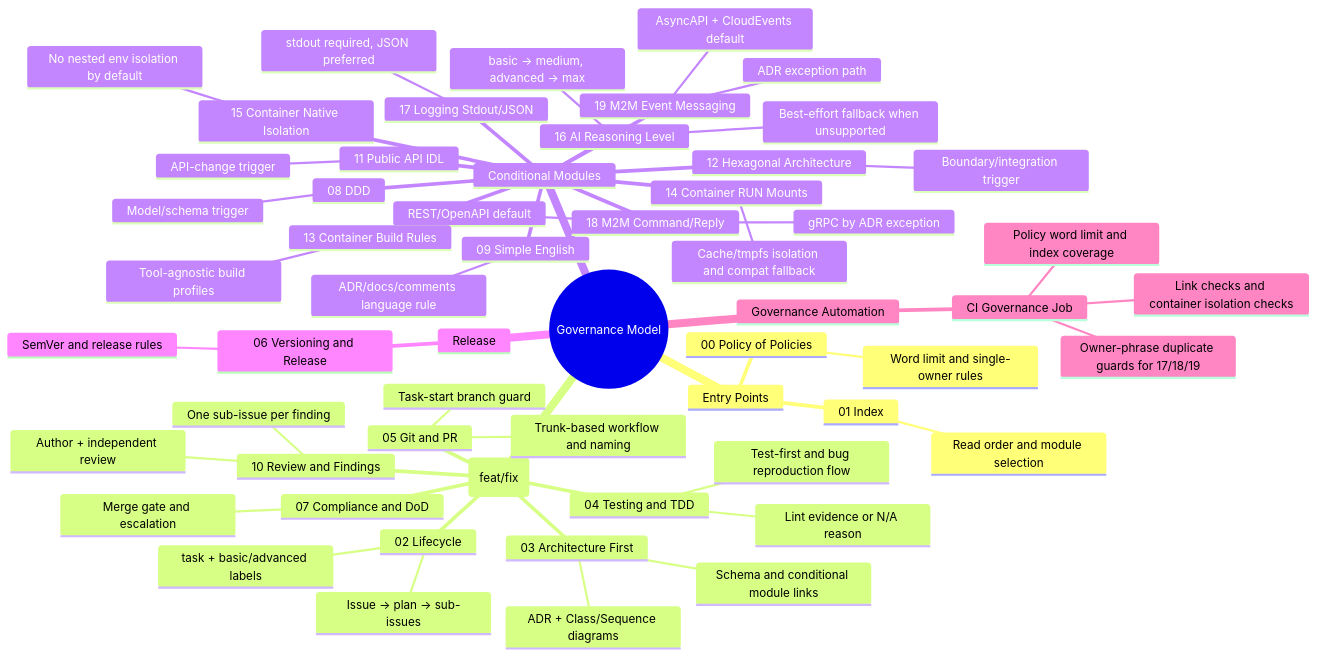
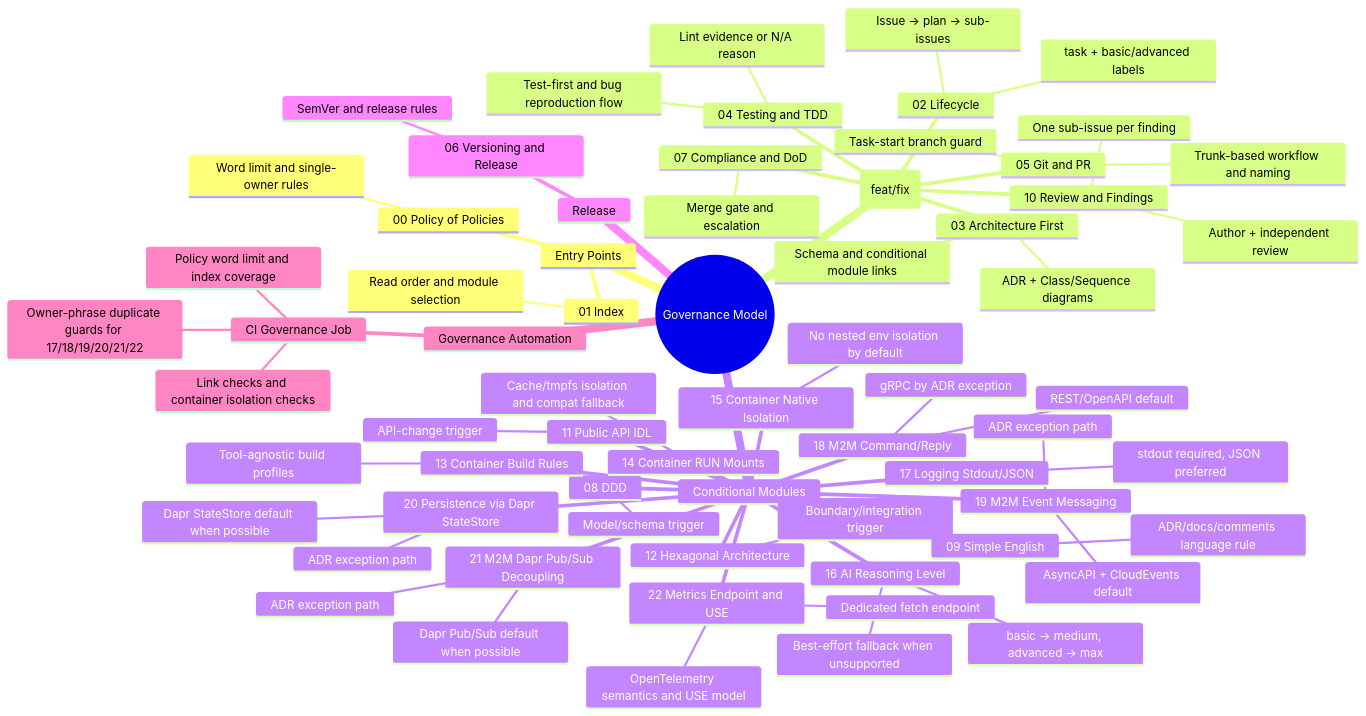
One commit to Albe83/openapi-to-mcp changed the diagram in docs/diagrams/0001-governance-mindmap.md. Above: the diagram before and after it, drawn with Mermaid. The commit also changed 5 other files, not shown here.

Commit message:
chore(governance): add policies for Dapr persistence, pubsub, and metrics

````diff
--- a/docs/diagrams/0001-governance-mindmap.md
+++ b/docs/diagrams/0001-governance-mindmap.md
@@ -7,61 +7,70 @@
 ```mermaid
 mindmap
   root((Governance Model))
     Entry Points
       01 Index
         Read order and module selection
       00 Policy of Policies
         Word limit and single-owner rules
     Core Flow (feat/fix)
       02 Lifecycle
         Issue -> plan -> sub-issues
         task + basic/advanced labels
       03 Architecture First
         ADR + Class/Sequence diagrams
         Schema and conditional module links
       04 Testing and TDD
         Test-first and bug reproduction flow
         Lint evidence or N/A reason
       05 Git and PR
         Trunk-based workflow and naming
         Task-start branch guard
       10 Review and Findings
         Author + independent review
         One sub-issue per finding
       07 Compliance and DoD
         Merge gate and escalation
     Conditional Modules
       08 DDD
         Model/schema trigger
       11 Public API IDL
         API-change trigger
       12 Hexagonal Architecture
         Boundary/integration trigger
       17 Logging Stdout/JSON
         stdout required, JSON preferred
       18 M2M Command/Reply
         REST/OpenAPI default
         gRPC by ADR exception
       19 M2M Event Messaging
         AsyncAPI + CloudEvents default
         ADR exception path
+      20 Persistence via Dapr StateStore
+        Dapr StateStore default when possible
+        ADR exception path
+      21 M2M Dapr Pub/Sub Decoupling
+        Dapr Pub/Sub default when possible
+        ADR exception path
+      22 Metrics Endpoint and USE
+        Dedicated fetch endpoint
+        OpenTelemetry semantics and USE model
       13 Container Build Rules
         Tool-agnostic build profiles
       14 Container RUN Mounts
         Cache/tmpfs isolation and compat fallback
       15 Container Native Isolation
         No nested env isolation by default
       16 AI Reasoning Level
         basic -> medium, advanced -> max
         Best-effort fallback when unsupported
       09 Simple English
         ADR/docs/comments language rule
     Release
       06 Versioning and Release
         SemVer and release rules
     Governance Automation
       CI Governance Job
         Policy word limit and index coverage
         Link checks and container isolation checks
-        Owner-phrase duplicate guards for 17/18/19
+        Owner-phrase duplicate guards for 17/18/19/20/21/22
 ```
````
